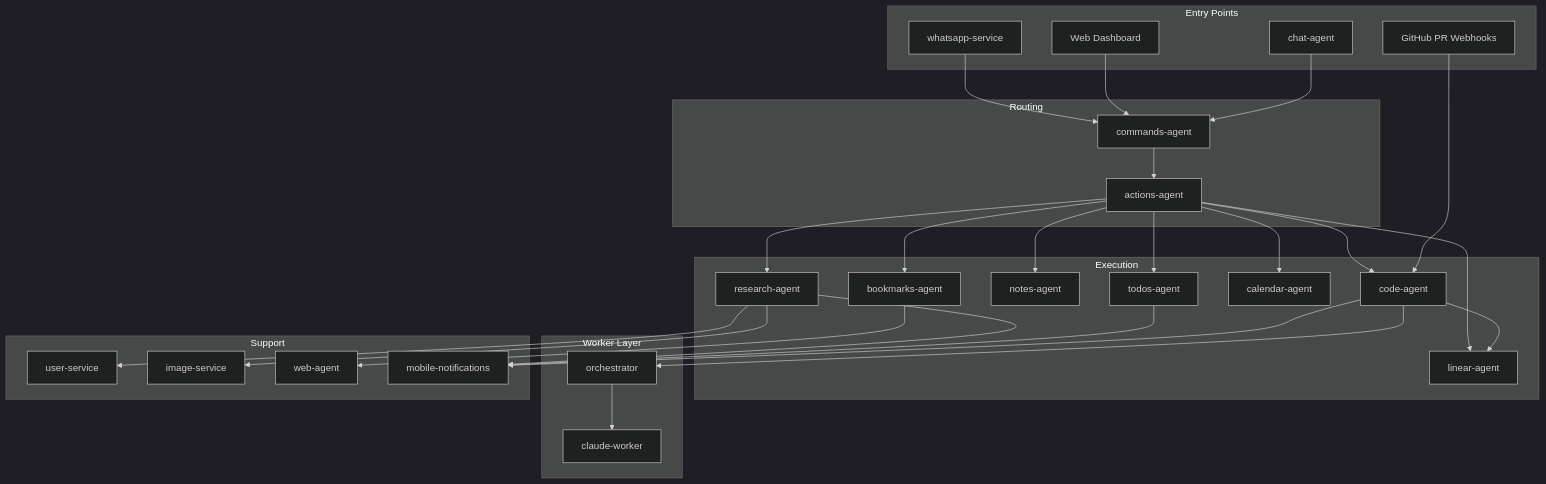
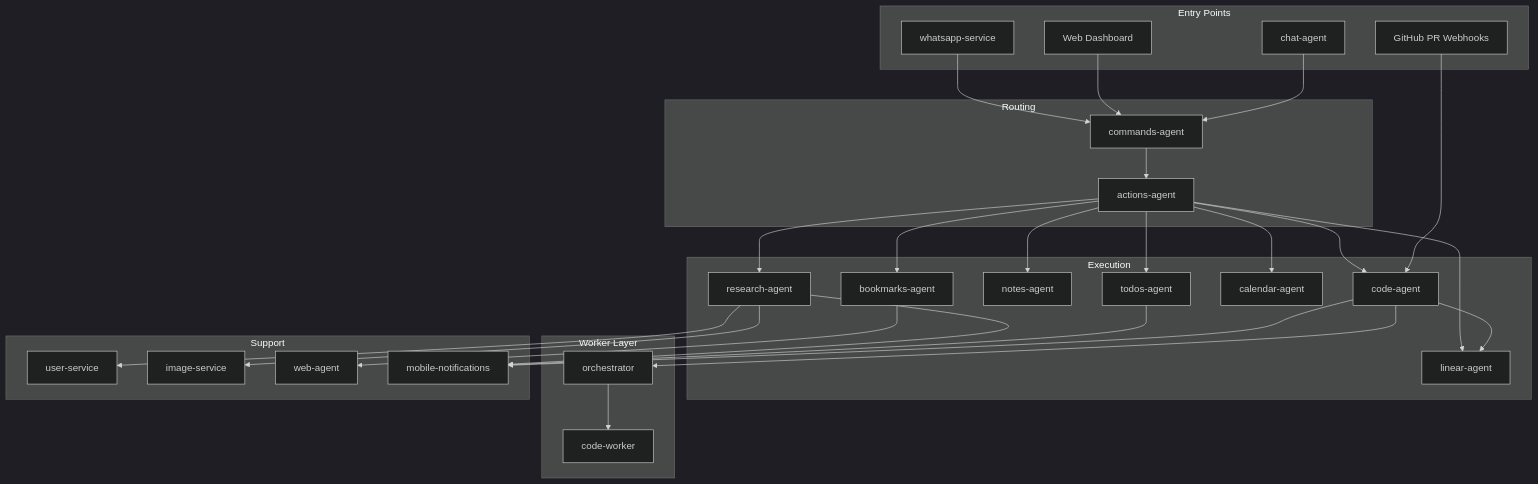
Before and after one commit to pbuchman/intexuraos: the second of 2 diagrams in docs/services/index.md, drawn with Mermaid (dark theme). The commit also changed other lines of this file and 76 other files, not shown here.

Commit message:
INT-1104 generalize code worker auth and image naming

````diff
--- a/docs/services/index.md
+++ b/docs/services/index.md
@@ -362,62 +362,62 @@
 ```mermaid
 graph TD
     subgraph "Entry Points"
         WA[whatsapp-service]
         WEB[Web Dashboard]
         CHAT[chat-agent]
         GH_PR[GitHub PR Webhooks]
     end
 
     subgraph "Routing"
         CMD[commands-agent]
         ACT[actions-agent]
     end
 
     subgraph "Execution"
         RES[research-agent]
         TODO[todos-agent]
         NOTE[notes-agent]
         BOOK[bookmarks-agent]
         CAL[calendar-agent]
         LIN[linear-agent]
         CODE[code-agent]
     end
 
     subgraph "Worker Layer"
         ORCH[orchestrator]
-        CW[claude-worker]
+        CW[code-worker]
     end
 
     subgraph "Support"
         USER[user-service]
         IMG[image-service]
         WEB_A[web-agent]
         NOTIF[mobile-notifications]
     end
 
     WA --> CMD
     WEB --> CMD
     CHAT --> CMD
     CMD --> ACT
 
     ACT --> RES
     ACT --> TODO
     ACT --> NOTE
     ACT --> BOOK
     ACT --> CAL
     ACT --> LIN
     ACT --> CODE
 
     GH_PR --> CODE
     CODE --> ORCH
     ORCH --> CW
     CODE --> LIN
 
     RES --> USER
     RES --> IMG
     BOOK --> WEB_A
 
     RES --> NOTIF
     TODO --> NOTIF
     CODE --> NOTIF
 ```
````
